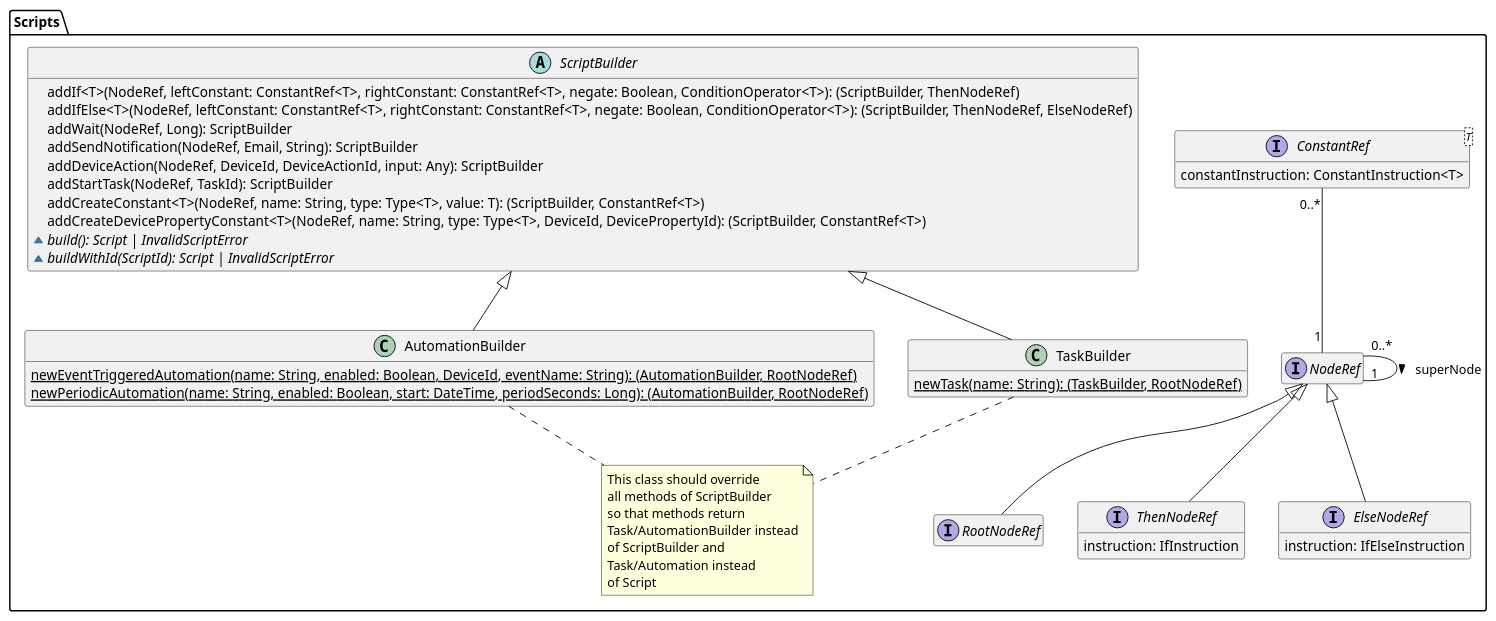
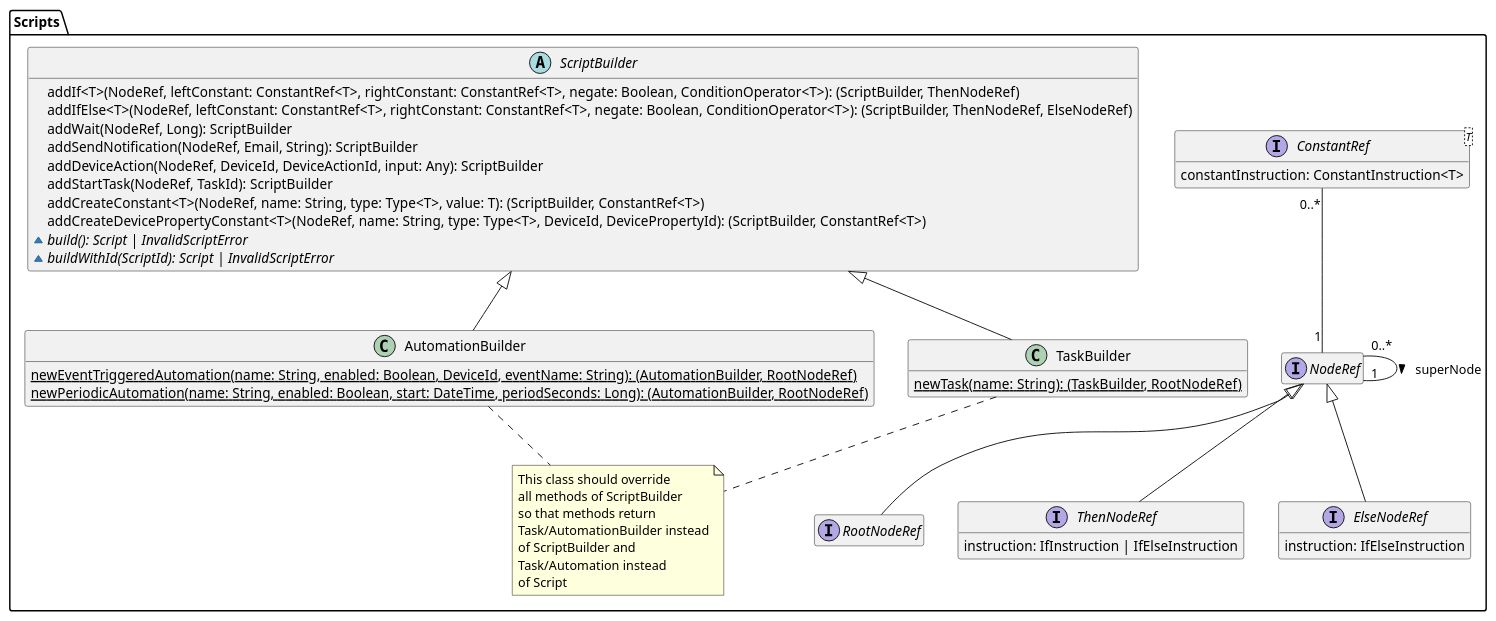
The diagram in diagrams/src/scripts-builders-domain-model.puml (DomoticASW/.github), drawn with PlantUML before and after one commit. The commit also changed 4 other files, not shown here.

```diff
--- a/diagrams/src/scripts-builders-domain-model.puml
+++ b/diagrams/src/scripts-builders-domain-model.puml
@@ -1,56 +1,56 @@
 @startuml scripts-builders-domain-model
 
 hide empty members
 
 package "Scripts" {
     interface NodeRef
 
     interface RootNodeRef extends NodeRef
     interface ThenNodeRef extends NodeRef {
-        instruction: IfInstruction
+        instruction: IfInstruction | IfElseInstruction
     }
     interface ElseNodeRef extends NodeRef {
         instruction: IfElseInstruction
     }
     interface ConstantRef<T> {
         constantInstruction: ConstantInstruction<T>
     }
 
     abstract class ScriptBuilder {
         addIf<T>(NodeRef, leftConstant: ConstantRef<T>, rightConstant: ConstantRef<T>, negate: Boolean, ConditionOperator<T>): (ScriptBuilder, ThenNodeRef)
         addIfElse<T>(NodeRef, leftConstant: ConstantRef<T>, rightConstant: ConstantRef<T>, negate: Boolean, ConditionOperator<T>): (ScriptBuilder, ThenNodeRef, ElseNodeRef)
         addWait(NodeRef, Long): ScriptBuilder
         addSendNotification(NodeRef, Email, String): ScriptBuilder
         addDeviceAction(NodeRef, DeviceId, DeviceActionId, input: Any): ScriptBuilder
         addStartTask(NodeRef, TaskId): ScriptBuilder
         addCreateConstant<T>(NodeRef, name: String, type: Type<T>, value: T): (ScriptBuilder, ConstantRef<T>)
         addCreateDevicePropertyConstant<T>(NodeRef, name: String, type: Type<T>, DeviceId, DevicePropertyId): (ScriptBuilder, ConstantRef<T>)
         {abstract} ~ build(): Script | InvalidScriptError
         {abstract} ~ buildWithId(ScriptId): Script | InvalidScriptError
     }
 
     ' It may be useful to use composition instead of inheritance for Task and Automations with regards to Script
     class TaskBuilder extends ScriptBuilder {
         {static} newTask(name: String): (TaskBuilder, RootNodeRef)
     }
     class AutomationBuilder extends ScriptBuilder {
         {static} newEventTriggeredAutomation(name: String, enabled: Boolean, DeviceId, eventName: String): (AutomationBuilder, RootNodeRef)
         {static} newPeriodicAutomation(name: String, enabled: Boolean, start: DateTime, periodSeconds: Long): (AutomationBuilder, RootNodeRef)
     }
     note as ScriptBuilderNote
         This class should override
         all methods of ScriptBuilder
         so that methods return 
         Task/AutomationBuilder instead
         of ScriptBuilder and 
         Task/Automation instead
         of Script
     end note
 
     ScriptBuilderNote .u. TaskBuilder
     ScriptBuilderNote .u. AutomationBuilder
     ConstantRef "0..*" -- "1" NodeRef
     NodeRef "0..*" -- "1" NodeRef: superNode >
 }
 
 @enduml
```
